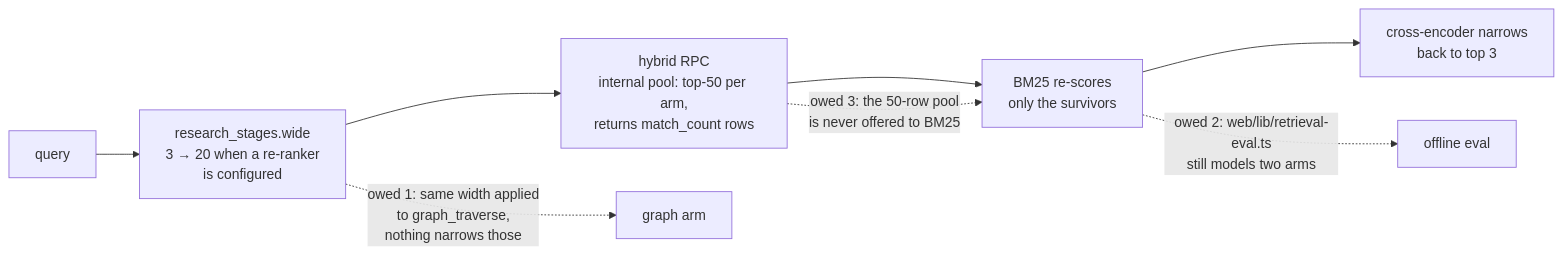
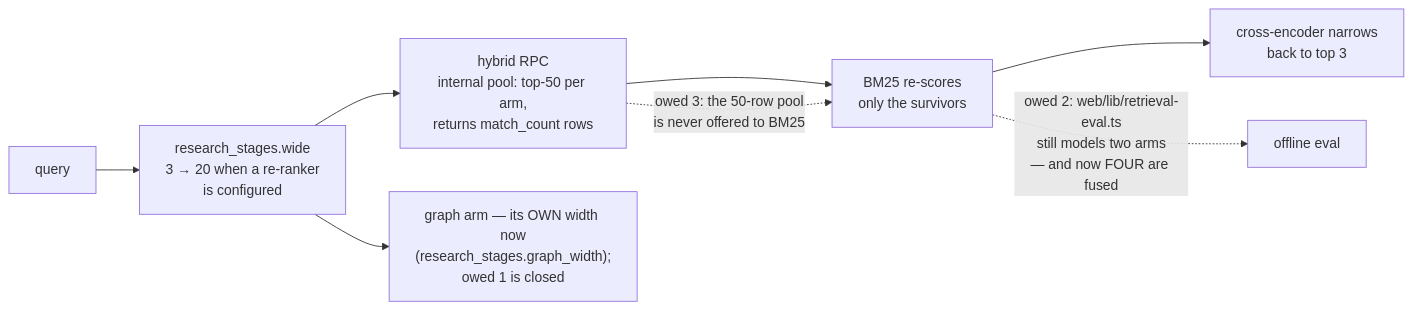
The diagram in docs/planning/PLAN.md (Manutd1234/AlphaEngine), drawn with Mermaid before and after one commit. The commit also changed other lines of this file and 15 other files, not shown here.

````diff
--- a/docs/planning/PLAN.md
+++ b/docs/planning/PLAN.md
@@ -69,10 +96,10 @@
 ```mermaid
 flowchart LR
     Q["query"] --> W["research_stages.wide<br/>3 → 20 when a re-ranker<br/>is configured"]
     W --> H["hybrid RPC<br/>internal pool: top-50 per arm,<br/>returns match_count rows"]
-    W -. "owed 1: same width applied<br/>to graph_traverse,<br/>nothing narrows those" .-> G["graph arm"]
+    W --> G["graph arm — its OWN width now<br/>(research_stages.graph_width);<br/>owed 1 is closed"]
     H --> B["BM25 re-scores<br/>only the survivors"]
     H -. "owed 3: the 50-row pool<br/>is never offered to BM25" .-> B
     B --> R["cross-encoder narrows<br/>back to top 3"]
-    B -. "owed 2: web/lib/retrieval-eval.ts<br/>still models two arms" .-> E["offline eval"]
+    B -. "owed 2: web/lib/retrieval-eval.ts<br/>still models two arms<br/>— and now FOUR are fused" .-> E["offline eval"]
 ```
````
